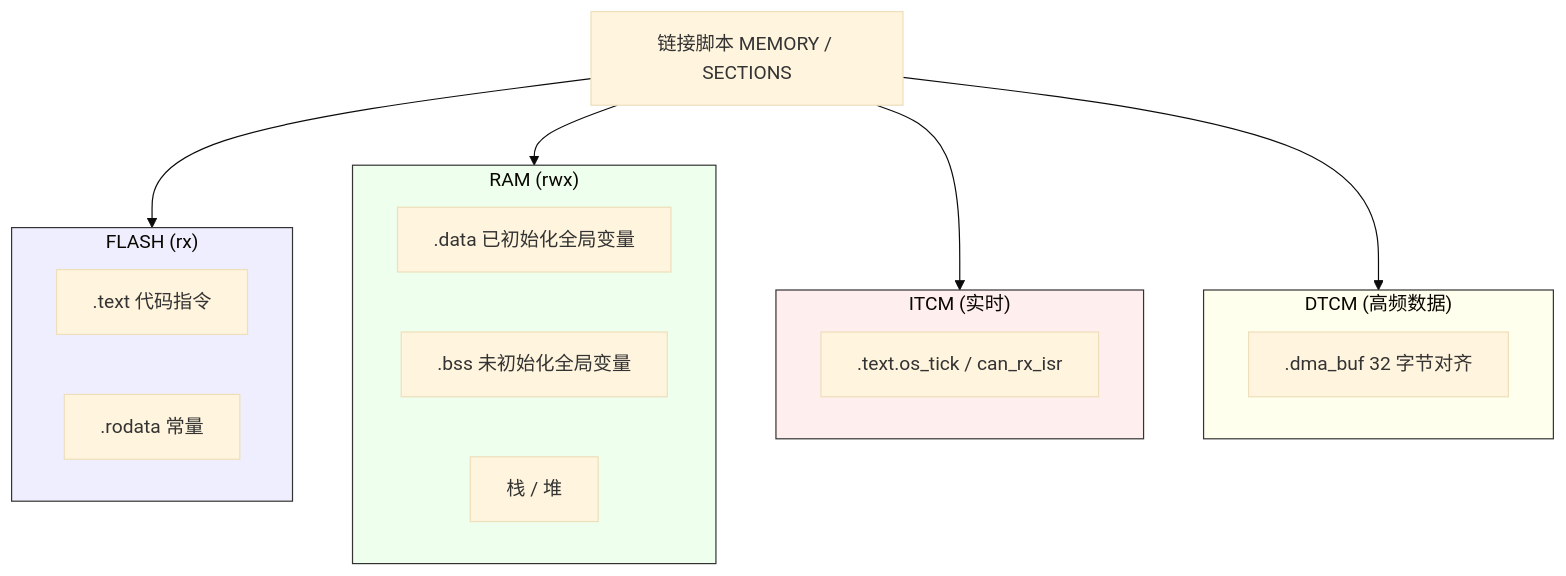
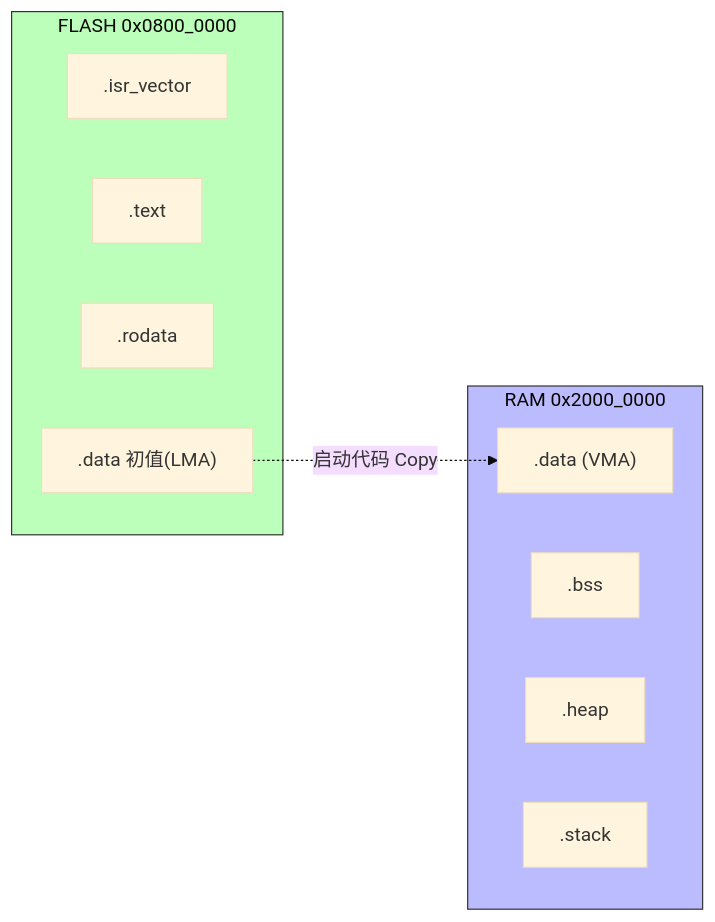
The seventh of 11 diagrams in articles/06-compile-link.md (1208826038/embedded-skill-notes), drawn with Mermaid (base theme) before and after one commit. The commit also changed other lines of this file, not shown here.

````diff
--- a/articles/06-compile-link.md
+++ b/articles/06-compile-link.md
@@ -46,28 +641,18 @@
 ```mermaid
-graph TD
-    L["链接脚本 MEMORY / SECTIONS"] --> FLASH
-    L --> RAM
-    L --> ITCM
-    L --> DTCM
-
-    subgraph FLASH["FLASH (rx)"]
-        T1[".text 代码指令"]
-        R1[".rodata 常量"]
+flowchart LR
+    subgraph FLASH["FLASH 0x0800_0000"]
+        S1[".isr_vector"]
+        S2[".text"]
+        S3[".rodata"]
+        S4[".data 初值(LMA)"]
     end
-    subgraph RAM["RAM (rwx)"]
-        D1[".data 已初始化全局变量"]
-        B1[".bss 未初始化全局变量"]
-        S1["栈 / 堆"]
+    subgraph RAM["RAM 0x2000_0000"]
+        R1[".data (VMA)"]
+        R2[".bss"]
+        R3[".heap"]
+        R4[".stack"]
     end
-    subgraph ITCM["ITCM (实时)"]
-        I1[".text.os_tick / can_rx_isr"]
-    end
-    subgraph DTCM["DTCM (高频数据)"]
-        M1[".dma_buf 32 字节对齐"]
-    end
-
-    style FLASH fill:#eef,stroke:#333
-    style RAM fill:#efe,stroke:#333
-    style ITCM fill:#fee,stroke:#333
-    style DTCM fill:#ffe,stroke:#333
+    S4 -. "启动代码 Copy" .-> R1
+    style FLASH fill:#bfb,stroke:#333
+    style RAM fill:#bbf,stroke:#333
 ```
````
